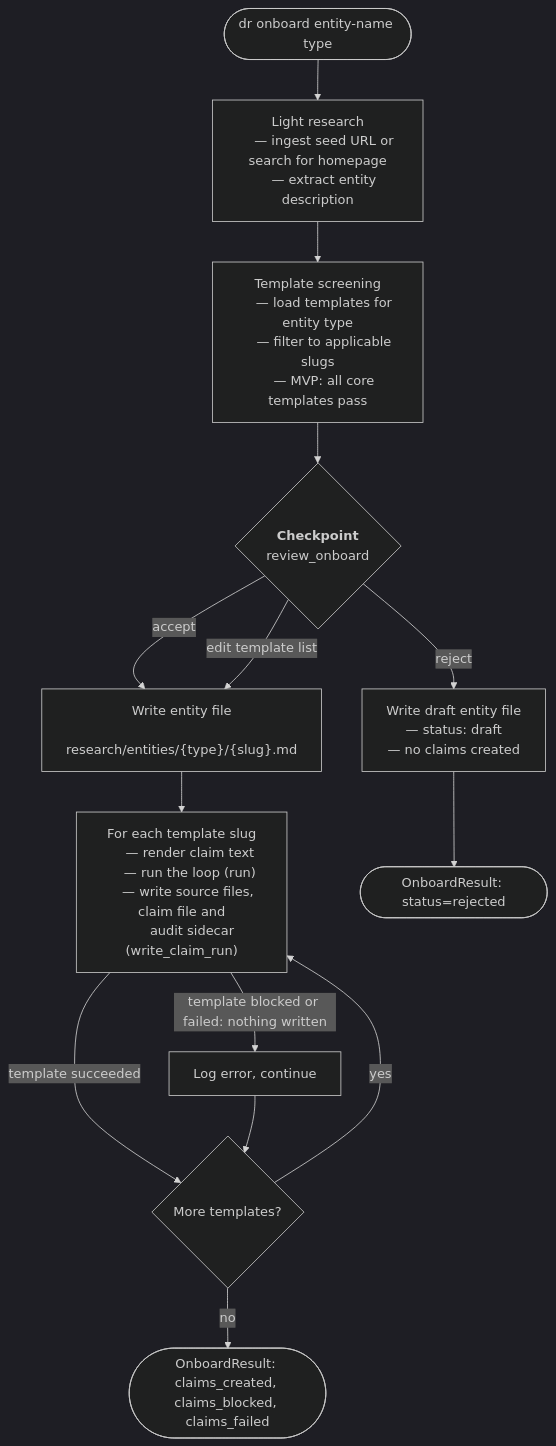
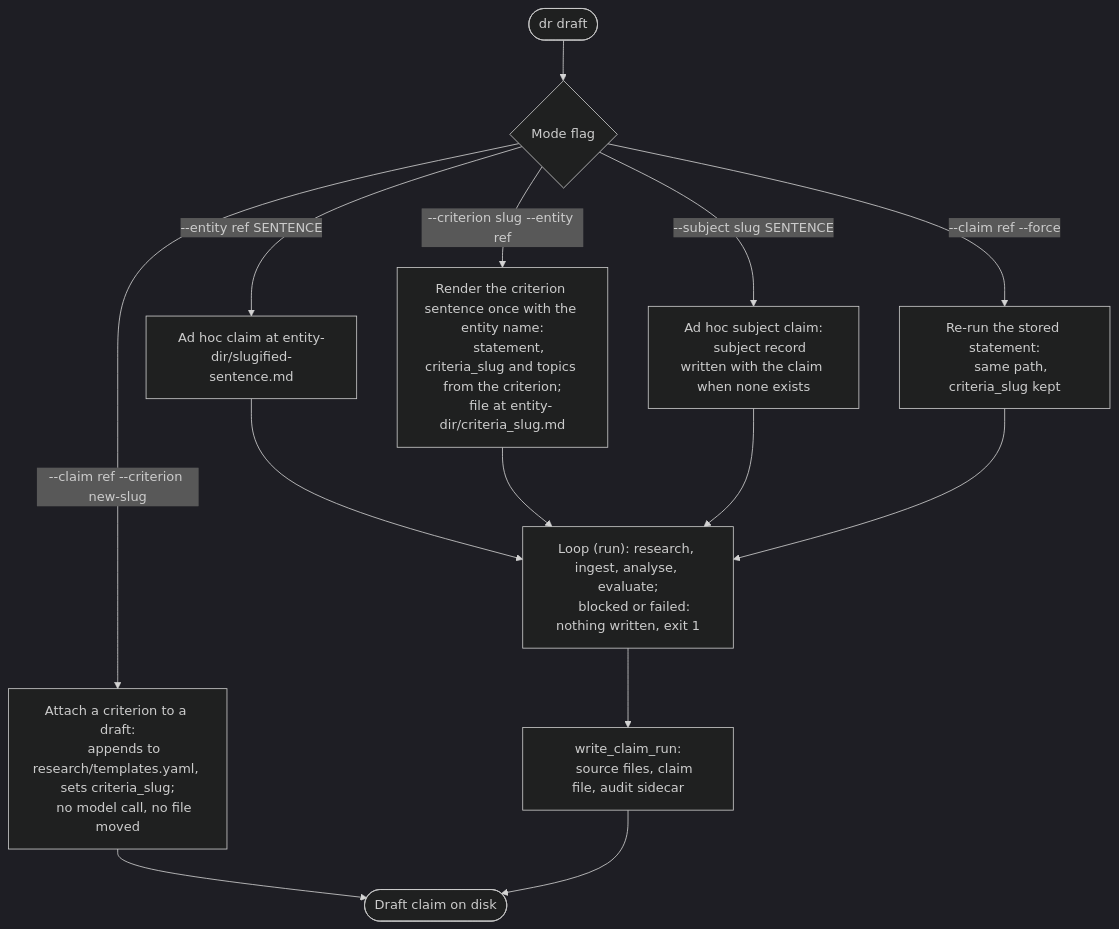
One commit to dangerous-robot/site changed the fourth of 6 diagrams in docs/architecture/research-flow.md. Above: the diagram before and after it, drawn with Mermaid (dark theme). The commit also changed other lines of this file and 58 other files, not shown here.

First line of the commit message:
feat(re-as): one claim path

````diff
--- a/docs/architecture/research-flow.md
+++ b/docs/architecture/research-flow.md
@@ -124,42 +124,25 @@
 ```mermaid
 flowchart TD
-    IN([dr onboard entity-name type]) --> LR
-
-    LR["Light research
-    — ingest seed URL or search for homepage
-    — extract entity description"]
-    LR --> TS
-
-    TS["Template screening
-    — load templates for entity type
-    — filter to applicable slugs
-    — MVP: all core templates pass"]
-    TS --> CP
-
-    CP{"`**Checkpoint**
-    review_onboard`"}
-    CP -->|reject| DRAFT["Write draft entity file
-    — status: draft
-    — no claims created"]
-    CP -->|accept| WE
-    CP -->|edit template list| WE
-
-    WE["Write entity file
-    research/entities/{type}/{slug}.md"]
-    WE --> LOOP
-
-    LOOP["For each template slug
-    — render claim text
-    — run the loop (run)
-    — write source files, claim file and
-      audit sidecar (write_claim_run)"]
-
-    LOOP -->|template succeeded| NEXT{More templates?}
-    LOOP -->|template blocked or failed: nothing written| FERR[Log error, continue]
-    FERR --> NEXT
-    NEXT -->|yes| LOOP
-    NEXT -->|no| DONE
-
-    DONE([OnboardResult: claims_created, claims_blocked, claims_failed])
-    DRAFT --> DONE2([OnboardResult: status=rejected])
+    A([dr draft]) --> M{Mode flag}
+    M -->|--entity ref SENTENCE| R1[Ad hoc claim at entity-dir/slugified-sentence.md]
+    M -->|--criterion slug --entity ref| R2["Render the criterion sentence once with the entity name:
+    statement, criteria_slug and topics from the criterion;
+    file at entity-dir/criteria_slug.md"]
+    M -->|--subject slug SENTENCE| R3["Ad hoc subject claim:
+    subject record written with the claim when none exists"]
+    M -->|--claim ref --force| R4["Re-run the stored statement:
+    same path, criteria_slug kept"]
+    M -->|--claim ref --criterion new-slug| R5["Attach a criterion to a draft:
+    appends to research/templates.yaml, sets criteria_slug;
+    no model call, no file moved"]
+    R1 --> LOOP
+    R2 --> LOOP
+    R3 --> LOOP
+    R4 --> LOOP
+    LOOP["Loop (run): research, ingest, analyse, evaluate;
+    blocked or failed: nothing written, exit 1"]
+    LOOP --> W["write_claim_run:
+    source files, claim file, audit sidecar"]
+    R5 --> DONE([Draft claim on disk])
+    W --> DONE
 ```
````
